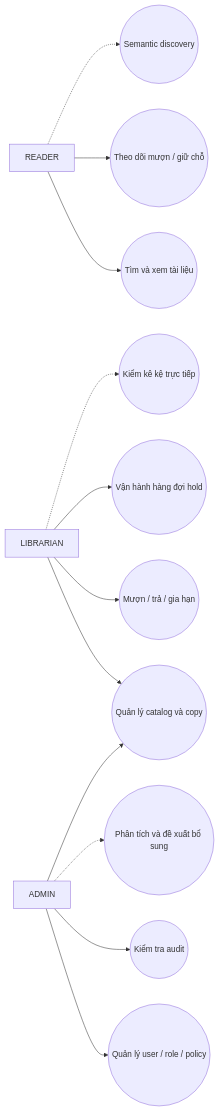
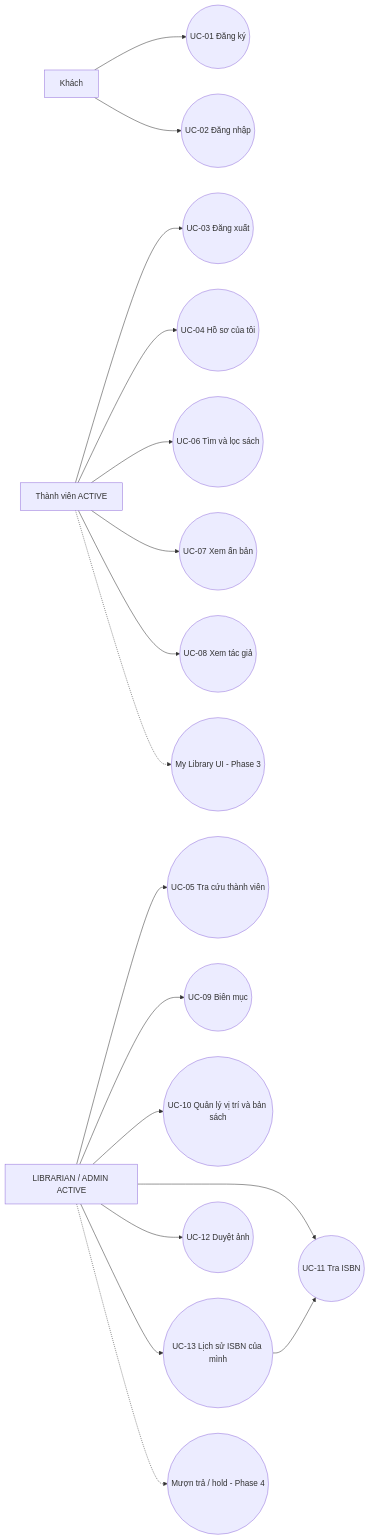
One commit to Shuuma4869/He-thong-quan-ly-va-khai-thac-thu-vien changed the diagram in tai-lieu/01-yeu-cau/use-case.md. Above: the diagram before and after it, drawn with Mermaid. The commit also changed other lines of this file and 22 other files, not shown here.

````diff
--- a/tai-lieu/01-yeu-cau/use-case.md
+++ b/tai-lieu/01-yeu-cau/use-case.md
@@ -7,14 +5,19 @@
 ```mermaid
 flowchart LR
-  R[READER] --> UC1((Tìm và xem tài liệu))
-  R --> UC2((Theo dõi mượn / giữ chỗ))
-  R -.-> UC3((Semantic discovery))
-  L[LIBRARIAN] --> UC4((Quản lý catalog và copy))
-  L --> UC5((Mượn / trả / gia hạn))
-  L --> UC6((Vận hành hàng đợi hold))
-  L -.-> UC7((Kiểm kê kệ trực tiếp))
-  A[ADMIN] --> UC8((Quản lý user / role / policy))
-  A --> UC9((Kiểm tra audit))
-  A -.-> UC10((Phân tích và đề xuất bổ sung))
-  A --> UC4
+  V[Khách] --> U1((UC-01 Đăng ký))
+  V --> U2((UC-02 Đăng nhập))
+  R[Thành viên ACTIVE] --> U3((UC-03 Đăng xuất))
+  R --> U4((UC-04 Hồ sơ của tôi))
+  R --> U6((UC-06 Tìm và lọc sách))
+  R --> U7((UC-07 Xem ấn bản))
+  R --> U8((UC-08 Xem tác giả))
+  S[LIBRARIAN / ADMIN ACTIVE] --> U5((UC-05 Tra cứu thành viên))
+  S --> U9((UC-09 Biên mục))
+  S --> U10((UC-10 Quản lý vị trí và bản sách))
+  S --> U11((UC-11 Tra ISBN))
+  S --> U12((UC-12 Duyệt ảnh))
+  S --> U13((UC-13 Lịch sử ISBN của mình))
+  U13 --> U11
+  R -.-> P3((My Library UI - Phase 3))
+  S -.-> P4((Mượn trả / hold - Phase 4))
 ```
````
